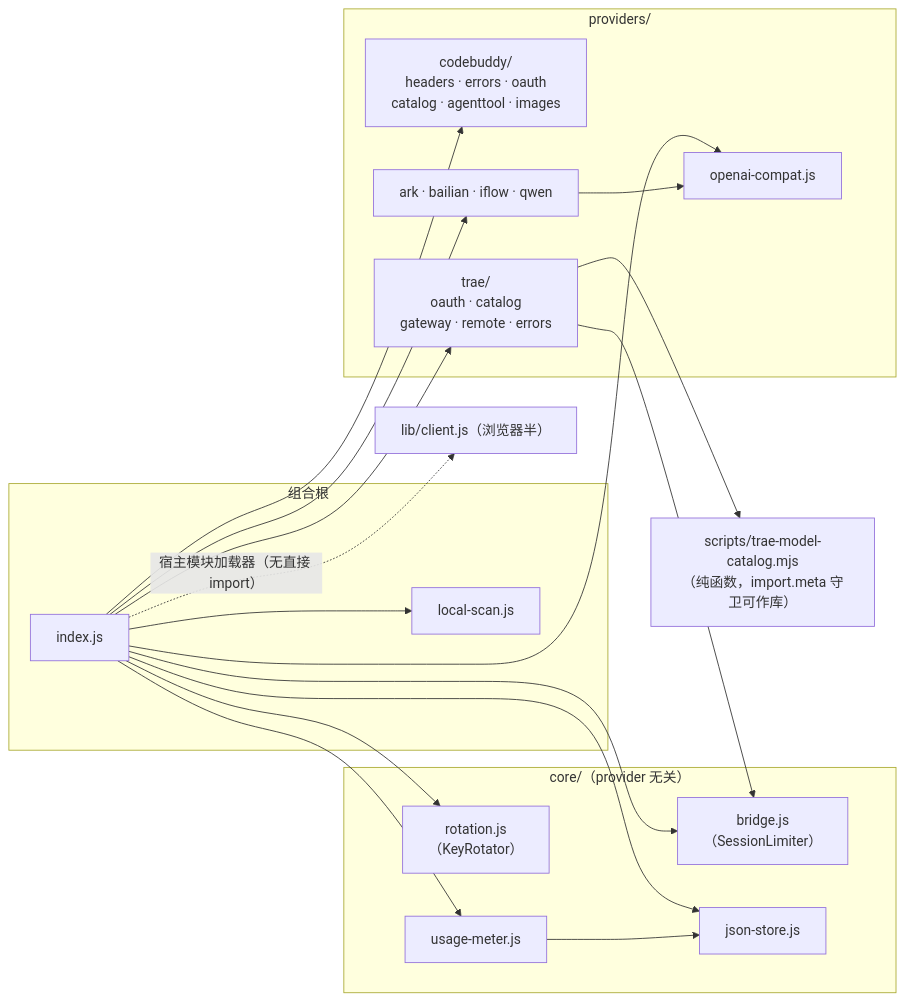
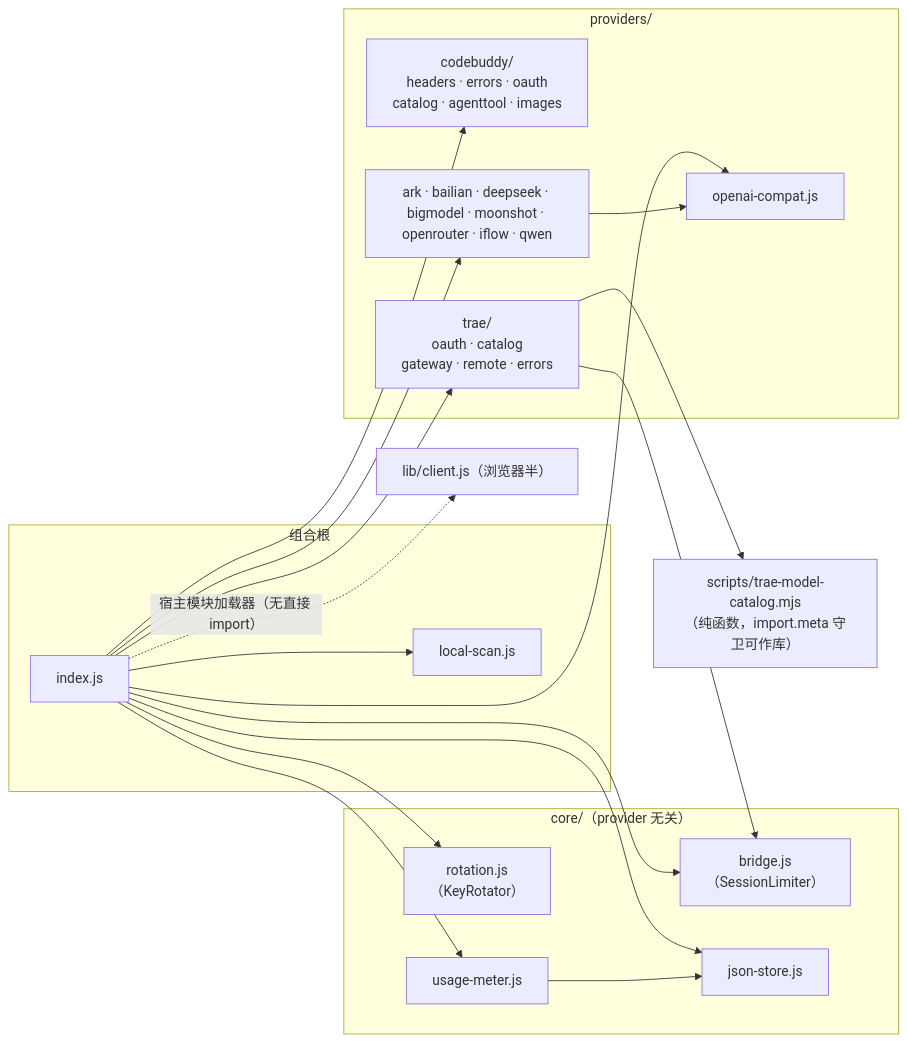
The diagram in wiki/09-run-and-test.md (taikaikaikai-pixel/dsh-codebuddy-plugin), drawn with Mermaid before and after one commit. The commit also changed 13 other files, not shown here.

````diff
--- a/wiki/09-run-and-test.md
+++ b/wiki/09-run-and-test.md
@@ -88,36 +88,36 @@
 ```mermaid
 flowchart LR
     subgraph ROOT["组合根"]
         INDEX["index.js"]
         LOCAL["local-scan.js"]
     end
     subgraph CORE["core/（provider 无关）"]
         BRIDGE["bridge.js<br/>（SessionLimiter）"]
         ROT["rotation.js<br/>（KeyRotator）"]
         METER["usage-meter.js"]
         JS["json-store.js"]
     end
     subgraph PROV["providers/"]
         CB["codebuddy/<br/>headers · errors · oauth<br/>catalog · agenttool · images"]
         TR["trae/<br/>oauth · catalog<br/>gateway · remote · errors"]
         OC["openai-compat.js"]
-        PRE["ark · bailian · iflow · qwen"]
+        PRE["ark · bailian · deepseek · bigmodel · moonshot · openrouter · iflow · qwen"]
     end
     SCRIPT["scripts/trae-model-catalog.mjs<br/>（纯函数，import.meta 守卫可作库）"]
     CLIENT["lib/client.js（浏览器半）"]
 
     INDEX --> JS
     INDEX --> ROT
     INDEX --> METER
     INDEX --> BRIDGE
     INDEX --> CB
     INDEX --> TR
     INDEX --> OC
     INDEX --> PRE
     INDEX --> LOCAL
     METER --> JS
     TR --> BRIDGE
     TR --> SCRIPT
     PRE --> OC
     INDEX -.->|"宿主模块加载器（无直接 import）"| CLIENT
 ```
````
